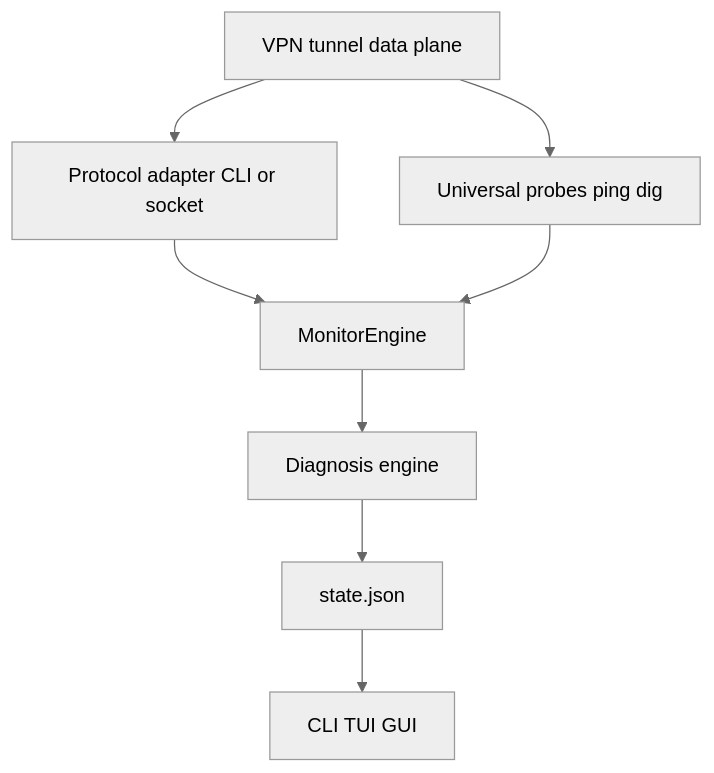
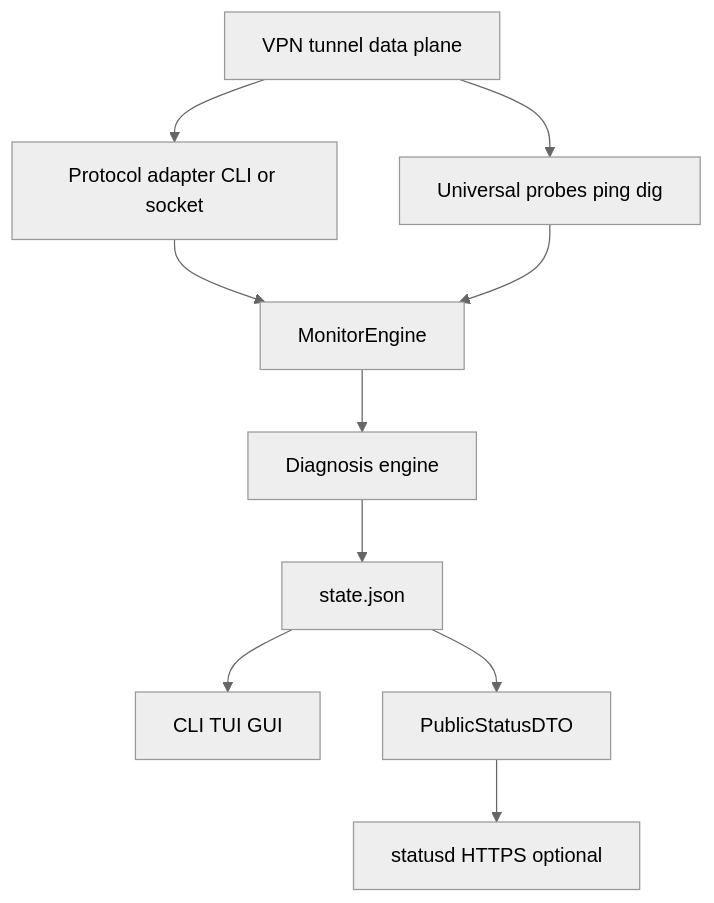
One commit to roto31/Tunnel-Monitor---Universal changed the ninth of 9 diagrams in docs/architecture/system-design.md. Above: the diagram before and after it, drawn with Mermaid (neutral theme). The commit also changed other lines of this file and 63 other files, not shown here.

First line of the commit message:
Add SECURITY.md and optional uvpn-statusd portal (v1.1).

````diff
--- a/docs/architecture/system-design.md
+++ b/docs/architecture/system-design.md
@@ -257,18 +326,22 @@
 ```mermaid
 flowchart TB
     VPN[VPN tunnel data plane]
     AD[Protocol adapter CLI or socket]
     UP[Universal probes ping dig]
     ENG[MonitorEngine]
     DIAG[Diagnosis engine]
     ST[state.json]
     IF[CLI TUI GUI]
+    RED[PublicStatusDTO]
+    SD[statusd HTTPS optional]
 
     VPN --> AD
     VPN --> UP
     AD --> ENG
     UP --> ENG
     ENG --> DIAG
     DIAG --> ST
     ST --> IF
+    ST --> RED
+    RED --> SD
 ```
````
